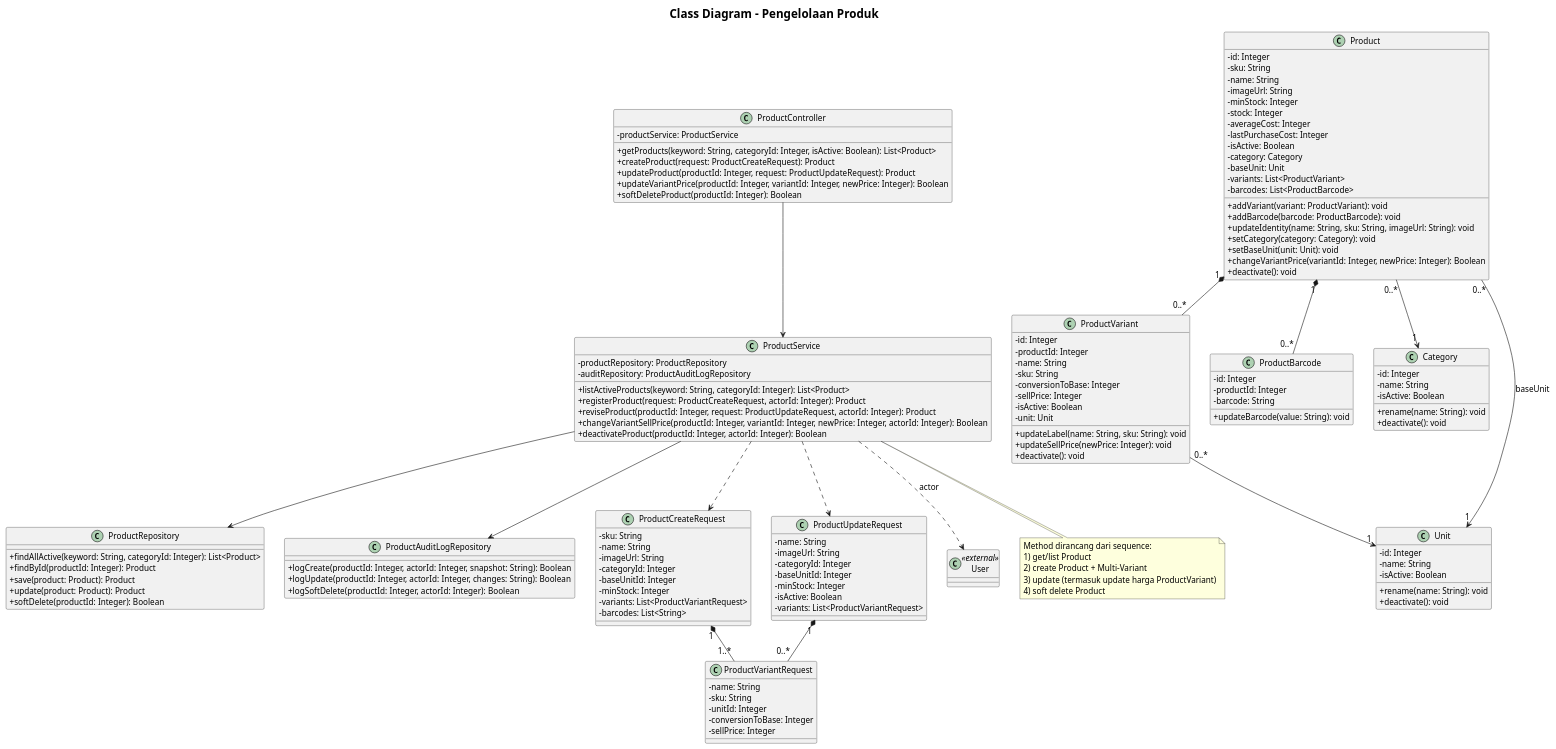
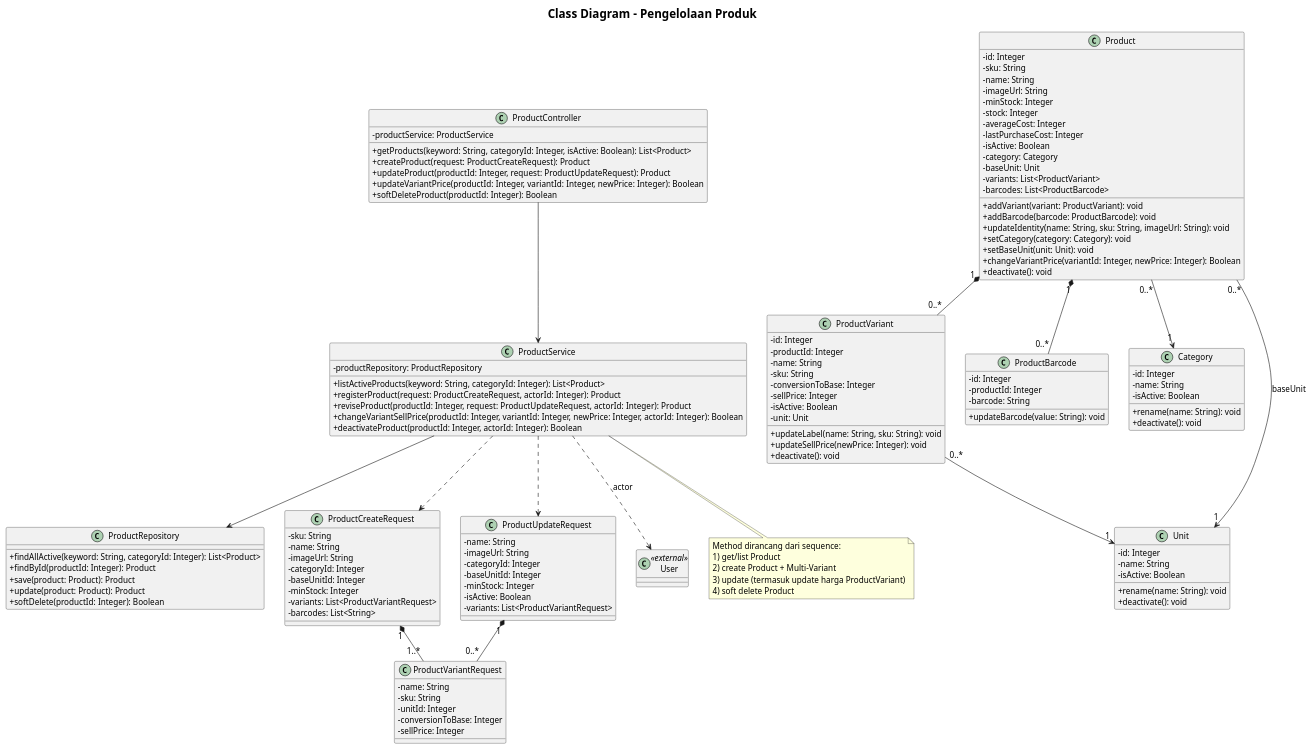
One commit to Aditiarzky/pos-app changed the diagram in docs/uml-class-product-management.puml. Above: the diagram before and after it, drawn with PlantUML. The commit also changed 179 other files, not shown here.

```diff
--- a/docs/uml-class-product-management.puml
+++ b/docs/uml-class-product-management.puml
@@ -1,155 +1,158 @@
 @startuml Product_Management_Internal_Class_Diagram
 title Class Diagram - Pengelolaan Produk
 skinparam defaultFontSize 14
 skinparam titleFontSize 20
 skinparam classAttributeIconSize 0
 
 skinparam classAttributeIconSize 0
 
 class ProductController {
   - productService: ProductService
   + getProducts(keyword: String, categoryId: Integer, isActive: Boolean): List<Product>
   + createProduct(request: ProductCreateRequest): Product
   + updateProduct(productId: Integer, request: ProductUpdateRequest): Product
   + updateVariantPrice(productId: Integer, variantId: Integer, newPrice: Integer): Boolean
   + softDeleteProduct(productId: Integer): Boolean
 }
 
 class ProductService {
   - productRepository: ProductRepository
-  - auditRepository: ProductAuditLogRepository
+  ' [REMOVED: product audit feature]
+  ' - auditRepository: ProductAuditLogRepository
   + listActiveProducts(keyword: String, categoryId: Integer): List<Product>
   + registerProduct(request: ProductCreateRequest, actorId: Integer): Product
   + reviseProduct(productId: Integer, request: ProductUpdateRequest, actorId: Integer): Product
   + changeVariantSellPrice(productId: Integer, variantId: Integer, newPrice: Integer, actorId: Integer): Boolean
   + deactivateProduct(productId: Integer, actorId: Integer): Boolean
 }
 
 class ProductRepository {
   + findAllActive(keyword: String, categoryId: Integer): List<Product>
   + findById(productId: Integer): Product
   + save(product: Product): Product
   + update(product: Product): Product
   + softDelete(productId: Integer): Boolean
 }
 
-class ProductAuditLogRepository {
-  + logCreate(productId: Integer, actorId: Integer, snapshot: String): Boolean
-  + logUpdate(productId: Integer, actorId: Integer, changes: String): Boolean
-  + logSoftDelete(productId: Integer, actorId: Integer): Boolean
-}
+' [REMOVED: product audit feature]
+' class ProductAuditLogRepository {
+'   + logCreate(productId: Integer, actorId: Integer, snapshot: String): Boolean
+'   + logUpdate(productId: Integer, actorId: Integer, changes: String): Boolean
+'   + logSoftDelete(productId: Integer, actorId: Integer): Boolean
+' }
 
 class Product {
   - id: Integer
   - sku: String
   - name: String
   - imageUrl: String
   - minStock: Integer
   - stock: Integer
   - averageCost: Integer
   - lastPurchaseCost: Integer
   - isActive: Boolean
   - category: Category
   - baseUnit: Unit
   - variants: List<ProductVariant>
   - barcodes: List<ProductBarcode>
   + addVariant(variant: ProductVariant): void
   + addBarcode(barcode: ProductBarcode): void
   + updateIdentity(name: String, sku: String, imageUrl: String): void
   + setCategory(category: Category): void
   + setBaseUnit(unit: Unit): void
   + changeVariantPrice(variantId: Integer, newPrice: Integer): Boolean
   + deactivate(): void
 }
 
 class ProductVariant {
   - id: Integer
   - productId: Integer
   - name: String
   - sku: String
   - conversionToBase: Integer
   - sellPrice: Integer
   - isActive: Boolean
   - unit: Unit
   + updateLabel(name: String, sku: String): void
   + updateSellPrice(newPrice: Integer): void
   + deactivate(): void
 }
 
 class ProductBarcode {
   - id: Integer
   - productId: Integer
   - barcode: String
   + updateBarcode(value: String): void
 }
 
 class Category {
   - id: Integer
   - name: String
   - isActive: Boolean
   + rename(name: String): void
   + deactivate(): void
 }
 
 class Unit {
   - id: Integer
   - name: String
   - isActive: Boolean
   + rename(name: String): void
   + deactivate(): void
 }
 
 class ProductCreateRequest {
   - sku: String
   - name: String
   - imageUrl: String
   - categoryId: Integer
   - baseUnitId: Integer
   - minStock: Integer
   - variants: List<ProductVariantRequest>
   - barcodes: List<String>
 }
 
 class ProductUpdateRequest {
   - name: String
   - imageUrl: String
   - categoryId: Integer
   - baseUnitId: Integer
   - minStock: Integer
   - isActive: Boolean
   - variants: List<ProductVariantRequest>
 }
 
 class ProductVariantRequest {
   - name: String
   - sku: String
   - unitId: Integer
   - conversionToBase: Integer
   - sellPrice: Integer
 }
 
 class User <<external>>
 
 ProductController --> ProductService
 ProductService --> ProductRepository
-ProductService --> ProductAuditLogRepository
+' [REMOVED: product audit feature]
+' ProductService --> ProductAuditLogRepository
 ProductService ..> User : actor
 Product "1" *-- "0..*" ProductVariant
 Product "1" *-- "0..*" ProductBarcode
 Product "0..*" --> "1" Category
 Product "0..*" --> "1" Unit : baseUnit
 ProductVariant "0..*" --> "1" Unit
 ProductService ..> ProductCreateRequest
 ProductService ..> ProductUpdateRequest
 ProductCreateRequest "1" *-- "1..*" ProductVariantRequest
 ProductUpdateRequest "1" *-- "0..*" ProductVariantRequest
 
 note bottom of ProductService
 Method dirancang dari sequence:
 1) get/list Product
 2) create Product + Multi-Variant
 3) update (termasuk update harga ProductVariant)
 4) soft delete Product
 end note
 
 @enduml
```
